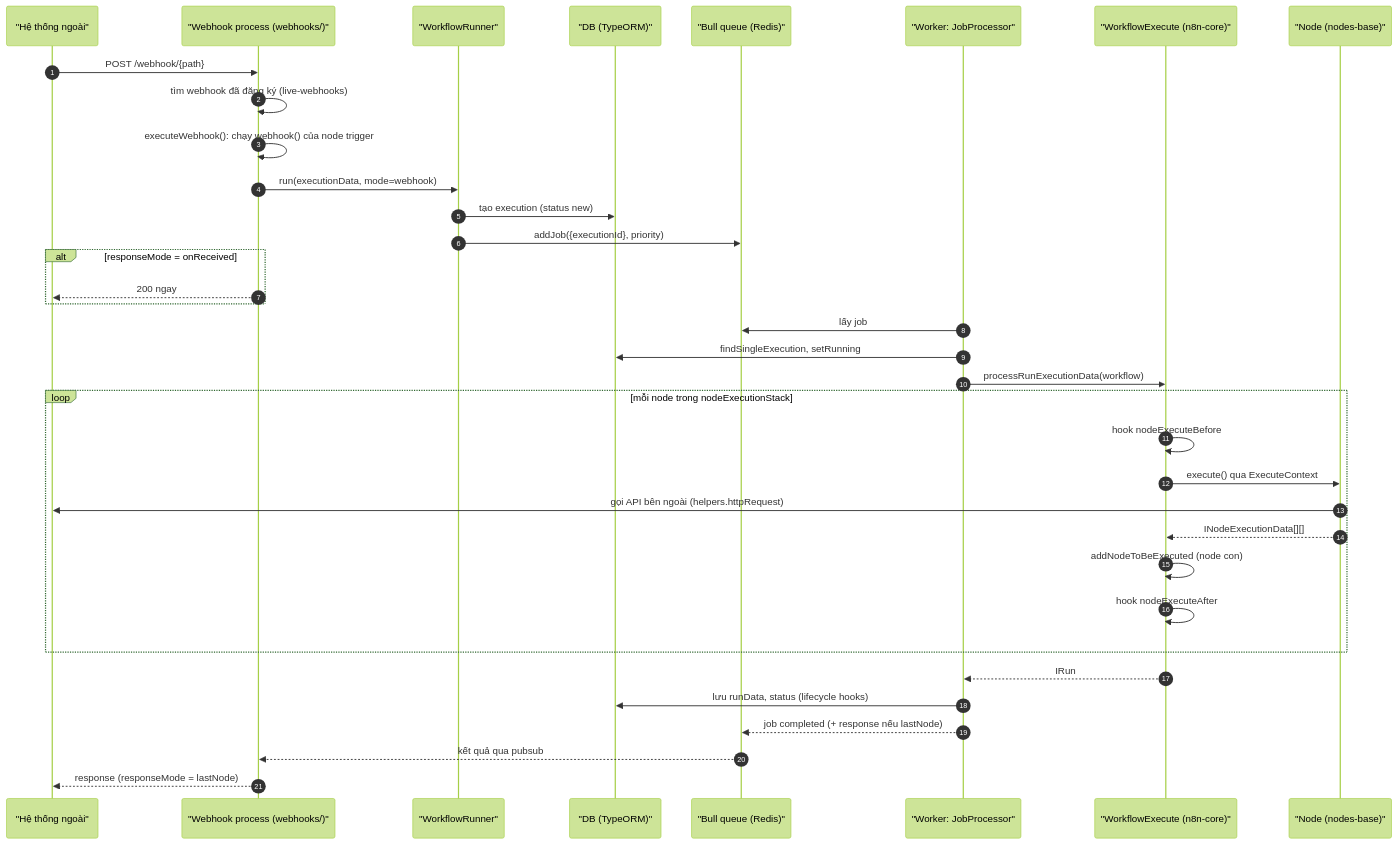
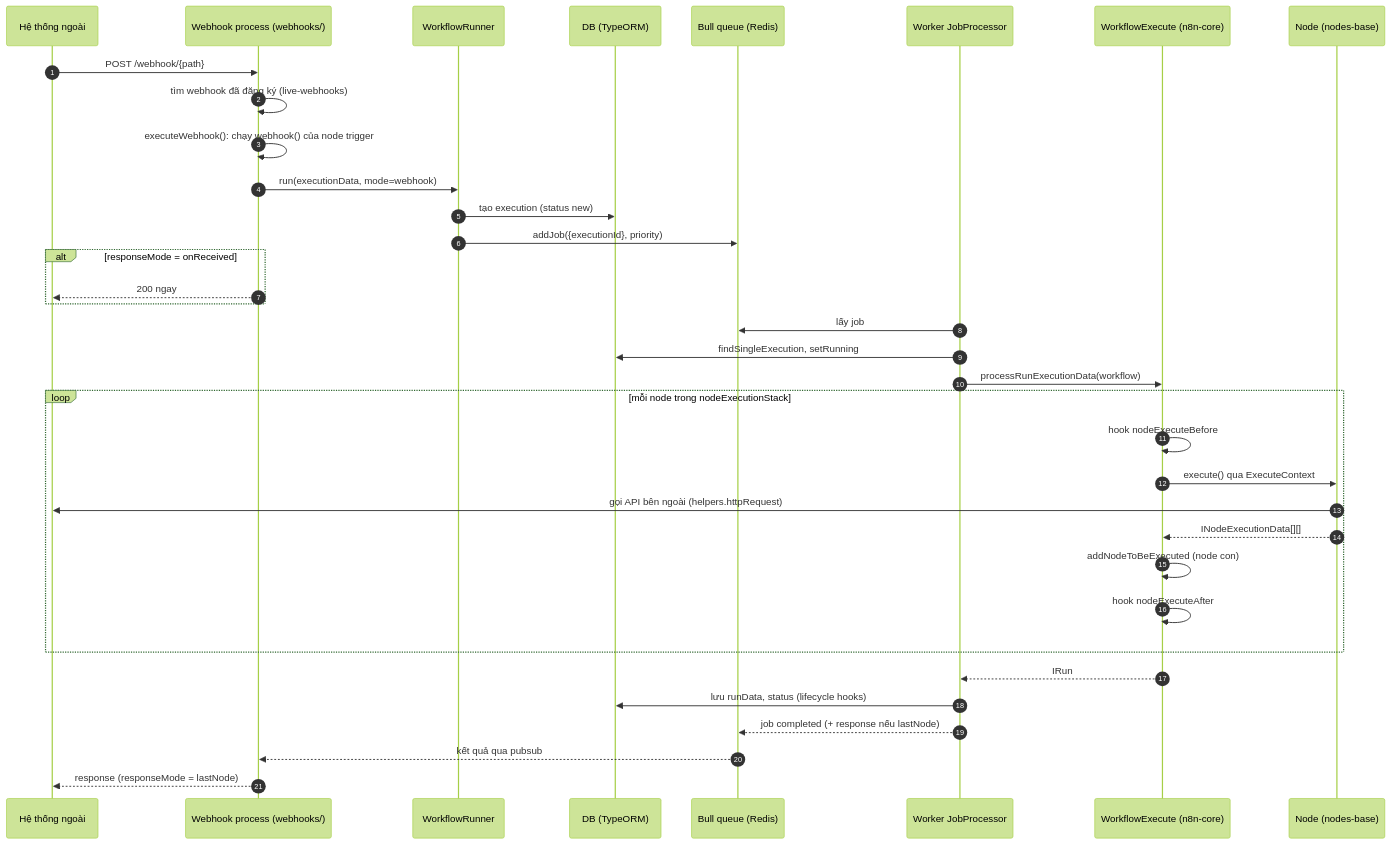
The second of 2 diagrams in docs/solution-design/n8n.md (mrchinh189/AI-LEARNING), drawn with Mermaid (forest theme) before and after one commit. The commit also changed other lines of this file and 2 other files, not shown here.

Commit message:
docs: finalize solution design for n8n, ComfyUI, codebase-memory-mcp
Claude-Session: https://claude.ai/code/session_01XHHuy59h9DhRXte61zF7DE

````diff
--- a/docs/solution-design/n8n.md
+++ b/docs/solution-design/n8n.md
@@ -164,38 +164,38 @@
 ```mermaid
 sequenceDiagram
     autonumber
-    participant Ext as "Hệ thống ngoài"
-    participant WH as "Webhook process (webhooks/)"
-    participant WR as "WorkflowRunner"
-    participant DB as "DB (TypeORM)"
-    participant Q as "Bull queue (Redis)"
-    participant WK as "Worker: JobProcessor"
-    participant WE as "WorkflowExecute (n8n-core)"
-    participant N as "Node (nodes-base)"
+    participant Ext as Hệ thống ngoài
+    participant WH as Webhook process (webhooks/)
+    participant WR as WorkflowRunner
+    participant DB as DB (TypeORM)
+    participant Q as Bull queue (Redis)
+    participant WK as Worker JobProcessor
+    participant WE as WorkflowExecute (n8n-core)
+    participant N as Node (nodes-base)
 
     Ext->>WH: POST /webhook/{path}
     WH->>WH: tìm webhook đã đăng ký (live-webhooks)
     WH->>WH: executeWebhook(): chạy webhook() của node trigger
     WH->>WR: run(executionData, mode=webhook)
     WR->>DB: tạo execution (status new)
     WR->>Q: addJob({executionId}, priority)
     alt responseMode = onReceived
         WH-->>Ext: 200 ngay
     end
     WK->>Q: lấy job
     WK->>DB: findSingleExecution, setRunning
     WK->>WE: processRunExecutionData(workflow)
     loop mỗi node trong nodeExecutionStack
         WE->>WE: hook nodeExecuteBefore
         WE->>N: execute() qua ExecuteContext
         N->>Ext: gọi API bên ngoài (helpers.httpRequest)
         N-->>WE: INodeExecutionData[][]
         WE->>WE: addNodeToBeExecuted (node con)
         WE->>WE: hook nodeExecuteAfter
     end
     WE-->>WK: IRun
     WK->>DB: lưu runData, status (lifecycle hooks)
     WK-->>Q: job completed (+ response nếu lastNode)
     Q-->>WH: kết quả qua pubsub
     WH-->>Ext: response (responseMode = lastNode)
 ```
````
